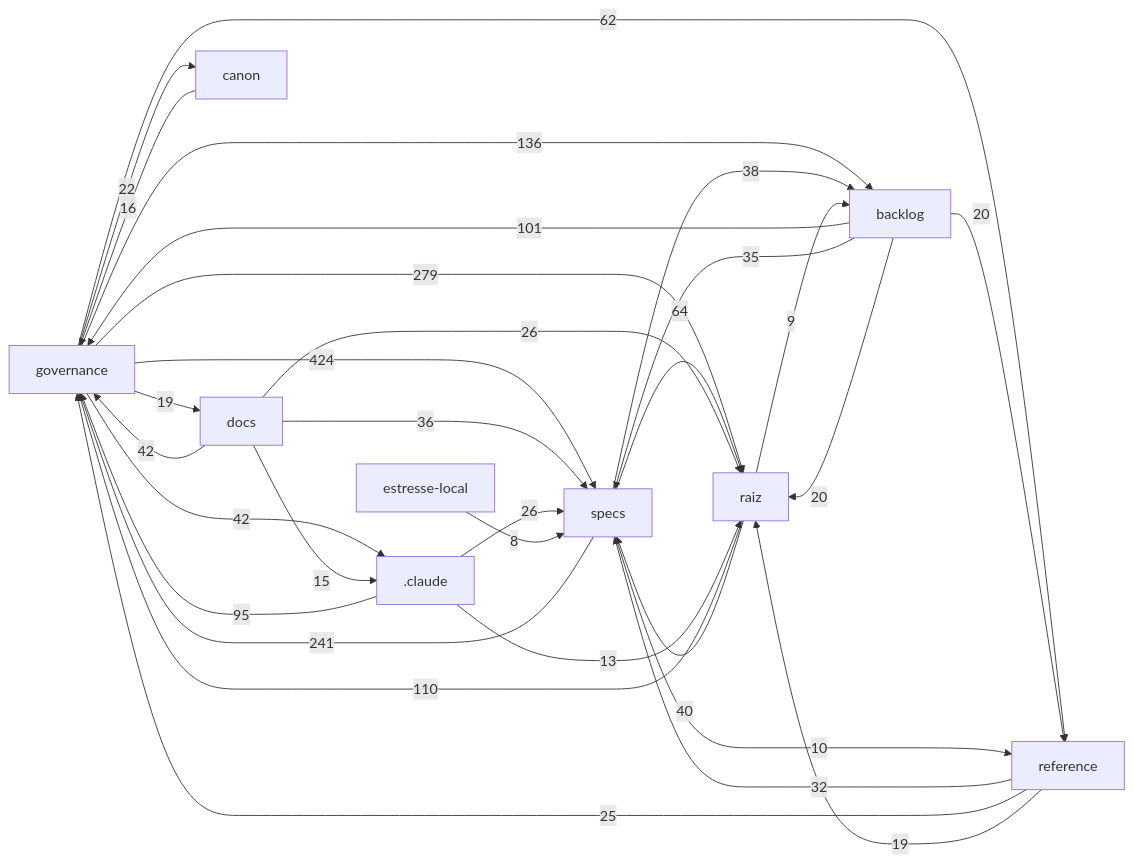
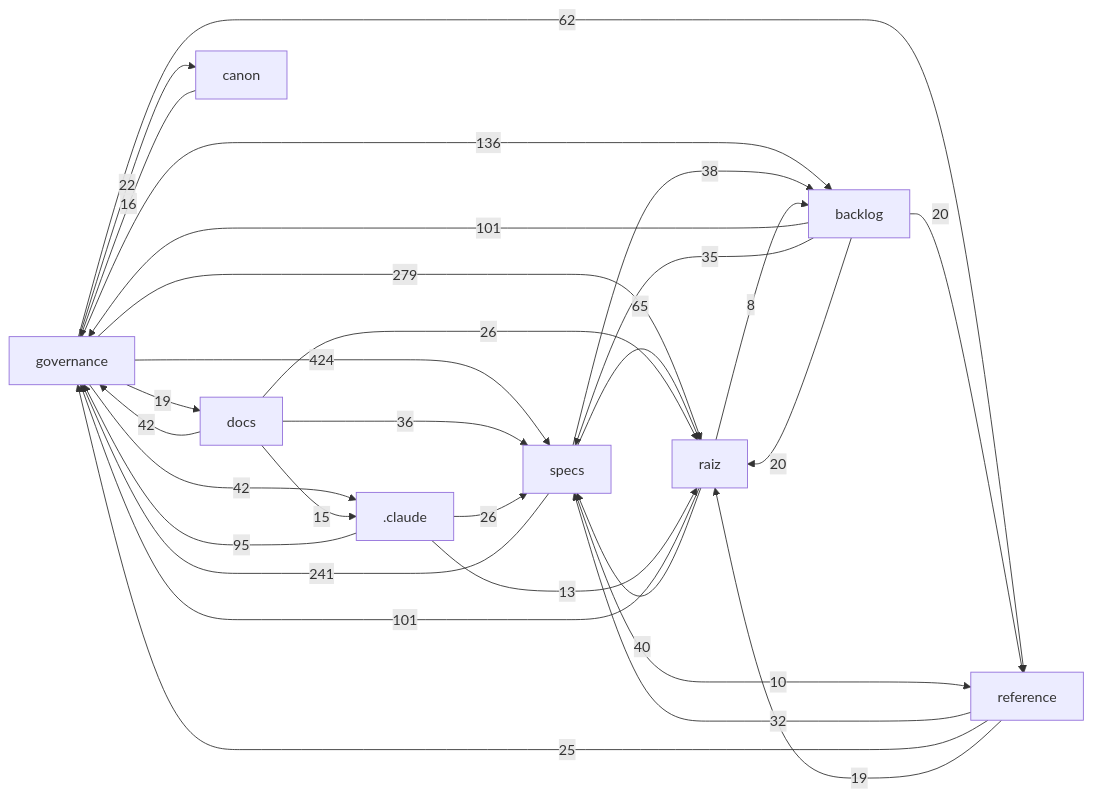
One commit to Andraus35/Sistema-Operacional-de-Trading--SOT changed the diagram in docs/mapa/MAPA-PROJETO.md. Above: the diagram before and after it, drawn with Mermaid. The commit also changed other lines of this file and 1 other file, not shown here.

````diff
--- a/docs/mapa/MAPA-PROJETO.md
+++ b/docs/mapa/MAPA-PROJETO.md
@@ -31,33 +29,32 @@
 ```mermaid
 flowchart LR
   governance["governance"] -->|424| specs["specs"]
   governance["governance"] -->|279| raiz["raiz"]
   specs["specs"] -->|241| governance["governance"]
   governance["governance"] -->|136| backlog["backlog"]
-  raiz["raiz"] -->|110| governance["governance"]
+  raiz["raiz"] -->|101| governance["governance"]
   backlog["backlog"] -->|101| governance["governance"]
   _claude[".claude"] -->|95| governance["governance"]
-  specs["specs"] -->|64| raiz["raiz"]
+  specs["specs"] -->|65| raiz["raiz"]
   governance["governance"] -->|62| reference["reference"]
   docs["docs"] -->|42| governance["governance"]
   governance["governance"] -->|42| _claude[".claude"]
   raiz["raiz"] -->|40| specs["specs"]
   specs["specs"] -->|38| backlog["backlog"]
   docs["docs"] -->|36| specs["specs"]
   backlog["backlog"] -->|35| specs["specs"]
   reference["reference"] -->|32| specs["specs"]
   _claude[".claude"] -->|26| specs["specs"]
   docs["docs"] -->|26| raiz["raiz"]
   reference["reference"] -->|25| governance["governance"]
   governance["governance"] -->|22| canon["canon"]
   backlog["backlog"] -->|20| raiz["raiz"]
   backlog["backlog"] -->|20| reference["reference"]
   governance["governance"] -->|19| docs["docs"]
   reference["reference"] -->|19| raiz["raiz"]
   canon["canon"] -->|16| governance["governance"]
   docs["docs"] -->|15| _claude[".claude"]
   _claude[".claude"] -->|13| raiz["raiz"]
   specs["specs"] -->|10| reference["reference"]
-  raiz["raiz"] -->|9| backlog["backlog"]
-  estresse_local["estresse-local"] -->|8| specs["specs"]
+  raiz["raiz"] -->|8| backlog["backlog"]
 ```
````
